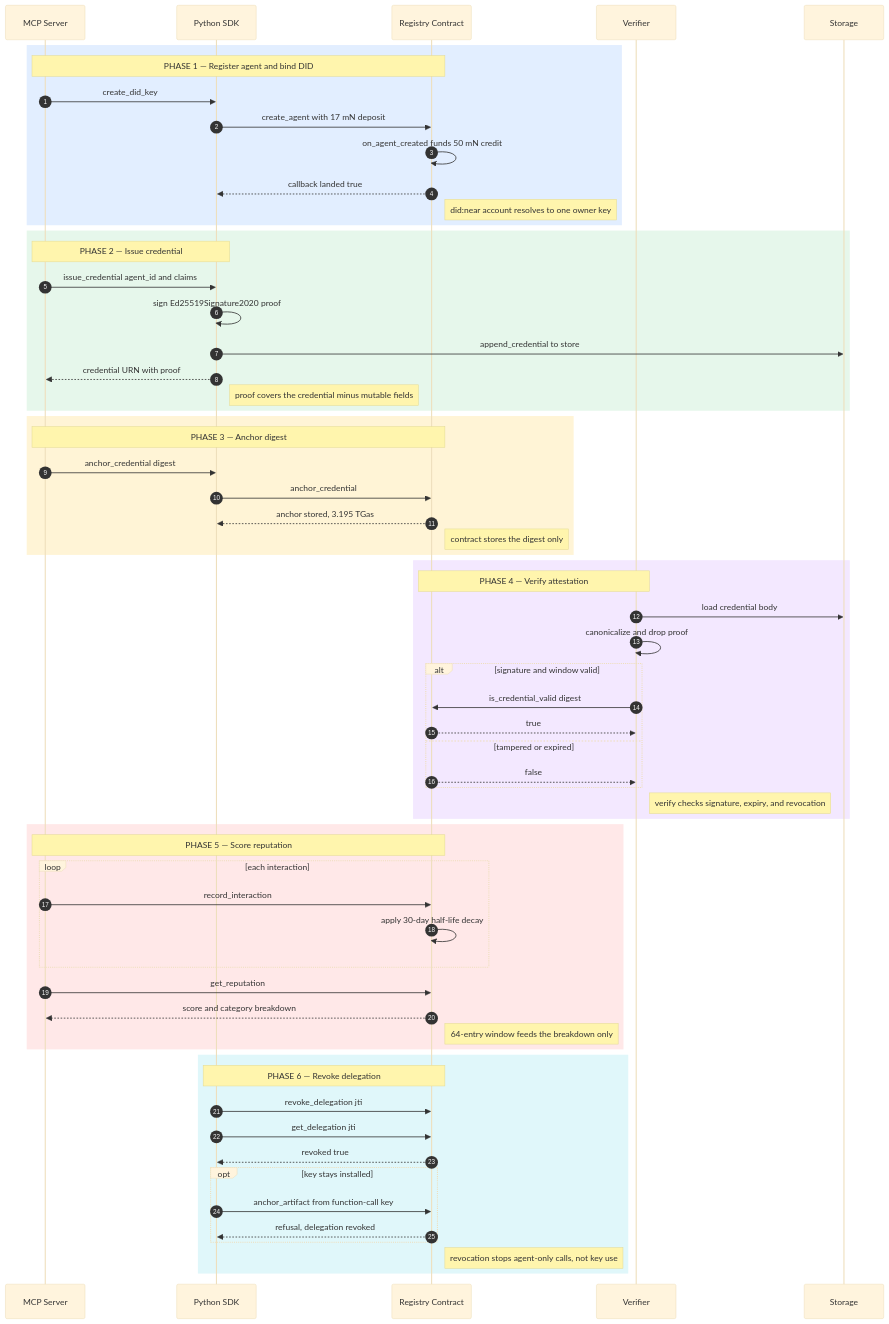
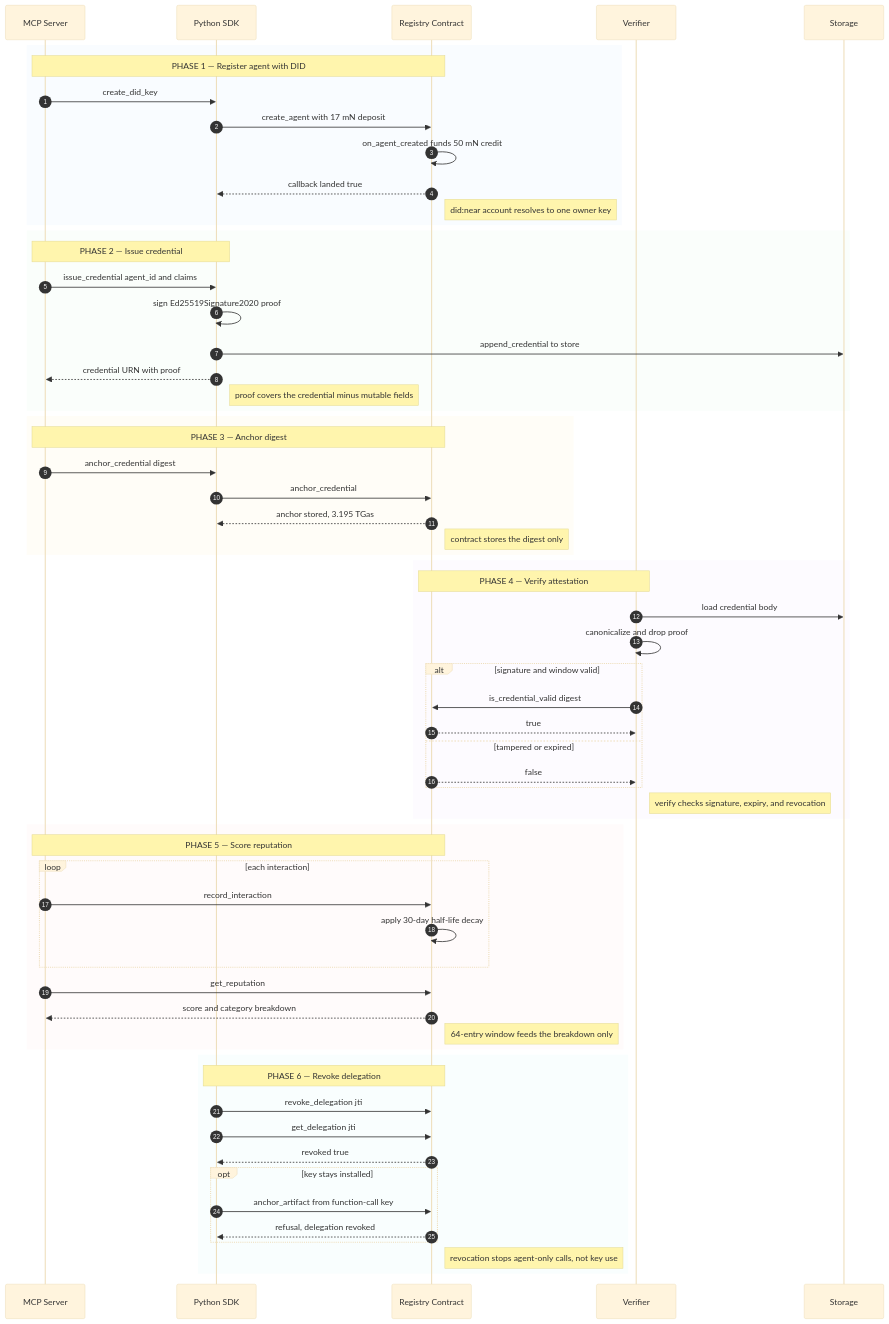
One commit to patrickfield152-del/agent-identity-registry changed the diagram in README.md. Above: the diagram before and after it, drawn with Mermaid.

Commit message:
docs(skjold): make diagram theme-safe and accessible

````diff
--- a/README.md
+++ b/README.md
@@ -6,66 +6,68 @@
 ```mermaid
 %%{init: {"theme":"base","themeVariables":{"fontSize":"14px"}}}%%
 sequenceDiagram
+    accTitle: skjold runtime flow
+    accDescr: Six phases from agent registration through credential issue, anchor, verification, reputation scoring, and delegation revocation.
     autonumber
     participant M as MCP Server
     participant S as Python SDK
     participant C as Registry Contract
     participant V as Verifier
     participant T as Storage
-    rect rgb(226,238,255)
-    Note over M,C: PHASE 1 — Register agent and bind DID
+    rect rgba(226,238,255,0.20)
+    Note over M,C: PHASE 1 — Register agent with DID
     M->>S: create_did_key
     S->>C: create_agent with 17 mN deposit
     C->>C: on_agent_created funds 50 mN credit
     C-->>S: callback landed true
     Note right of C: did:near account resolves to one owner key
     end
-    rect rgb(230,247,235)
+    rect rgba(230,247,235,0.20)
     Note over M,S: PHASE 2 — Issue credential
     M->>S: issue_credential agent_id and claims
     S->>S: sign Ed25519Signature2020 proof
     S->>T: append_credential to store
     S-->>M: credential URN with proof
     Note right of S: proof covers the credential minus mutable fields
     end
-    rect rgb(255,244,214)
+    rect rgba(255,244,214,0.20)
     Note over M,C: PHASE 3 — Anchor digest
     M->>S: anchor_credential digest
     S->>C: anchor_credential
     C-->>S: anchor stored, 3.195 TGas
     Note right of C: contract stores the digest only
     end
-    rect rgb(243,232,255)
+    rect rgba(243,232,255,0.20)
     Note over V,C: PHASE 4 — Verify attestation
     V->>T: load credential body
     V->>V: canonicalize and drop proof
     alt signature and window valid
         V->>C: is_credential_valid digest
         C-->>V: true
     else tampered or expired
         C-->>V: false
     end
     Note right of V: verify checks signature, expiry, and revocation
     end
-    rect rgb(255,232,232)
+    rect rgba(255,232,232,0.20)
     Note over M,C: PHASE 5 — Score reputation
     loop each interaction
         M->>C: record_interaction
         C->>C: apply 30-day half-life decay
     end
     M->>C: get_reputation
     C-->>M: score and category breakdown
     Note right of C: 64-entry window feeds the breakdown only
     end
-    rect rgb(224,247,250)
+    rect rgba(224,247,250,0.20)
     Note over S,C: PHASE 6 — Revoke delegation
     S->>C: revoke_delegation jti
     S->>C: get_delegation jti
     C-->>S: revoked true
     opt key stays installed
         S->>C: anchor_artifact from function-call key
         C-->>S: refusal, delegation revoked
     end
     Note right of C: revocation stops agent-only calls, not key use
     end
 ```
````
